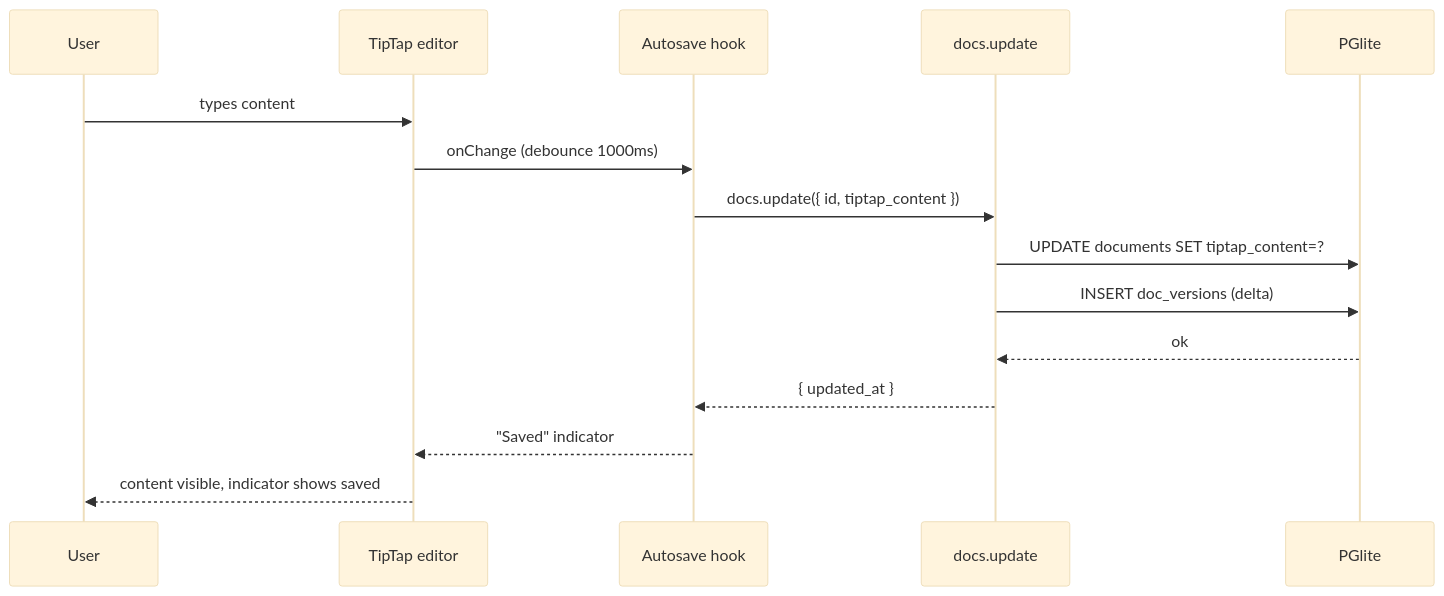
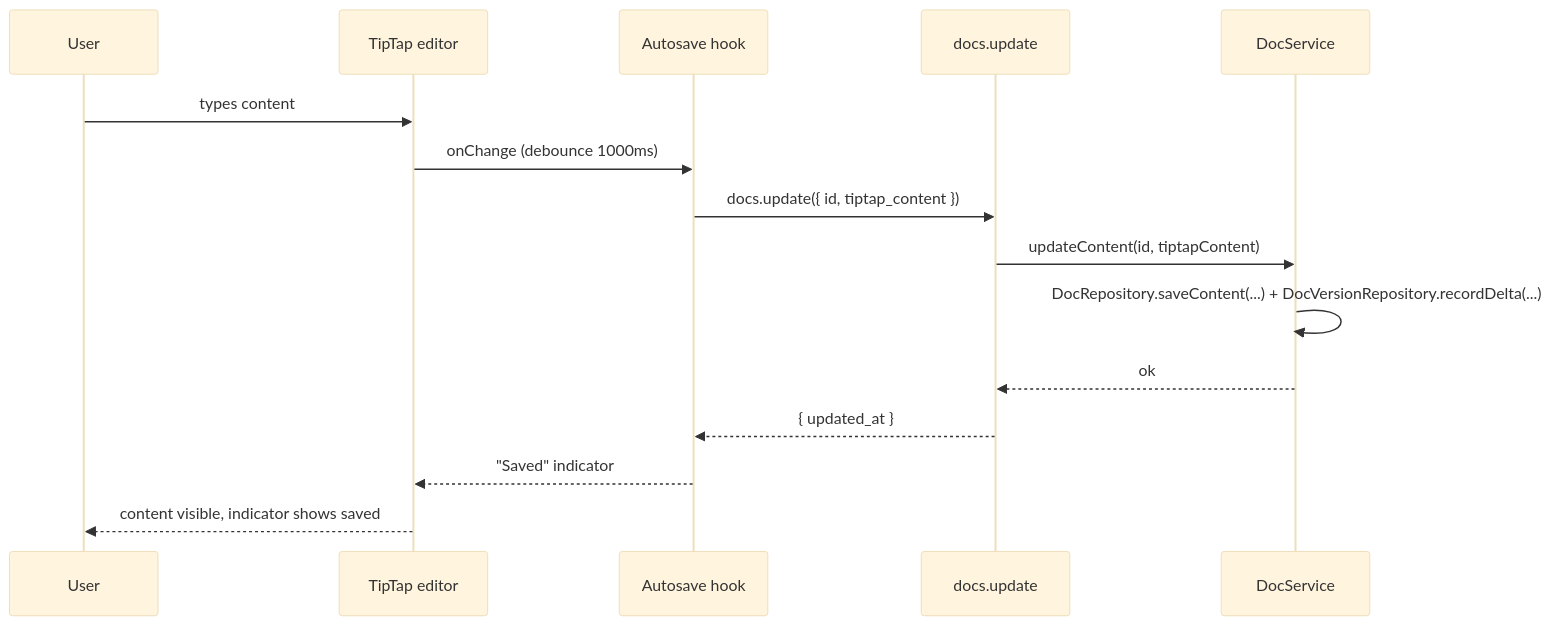
One commit to moabualruz/fulcrum changed the third of 4 diagrams in .scratch/agent-os-vision/prds/16-web-shell-rebuild.md. Above: the diagram before and after it, drawn with Mermaid (base theme). The commit also changed other lines of this file and 20 other files, not shown here.

````diff
--- a/.scratch/agent-os-vision/prds/16-web-shell-rebuild.md
+++ b/.scratch/agent-os-vision/prds/16-web-shell-rebuild.md
@@ -314,18 +324,18 @@
 ```mermaid
 sequenceDiagram
     participant User
     participant Editor as TipTap editor
     participant Autosave as Autosave hook
     participant tRPC as docs.update
-    participant DB as PGlite
+    participant SVC as DocService
 
     User->>Editor: types content
     Editor->>Autosave: onChange (debounce 1000ms)
     Autosave->>tRPC: docs.update({ id, tiptap_content })
-    tRPC->>DB: UPDATE documents SET tiptap_content=?
-    tRPC->>DB: INSERT doc_versions (delta)
-    DB-->>tRPC: ok
+    tRPC->>SVC: updateContent(id, tiptapContent)
+    SVC->>SVC: DocRepository.saveContent(...) + DocVersionRepository.recordDelta(...)
+    SVC-->>tRPC: ok
     tRPC-->>Autosave: { updated_at }
     Autosave-->>Editor: "Saved" indicator
     Editor-->>User: content visible, indicator shows saved
 ```
````
